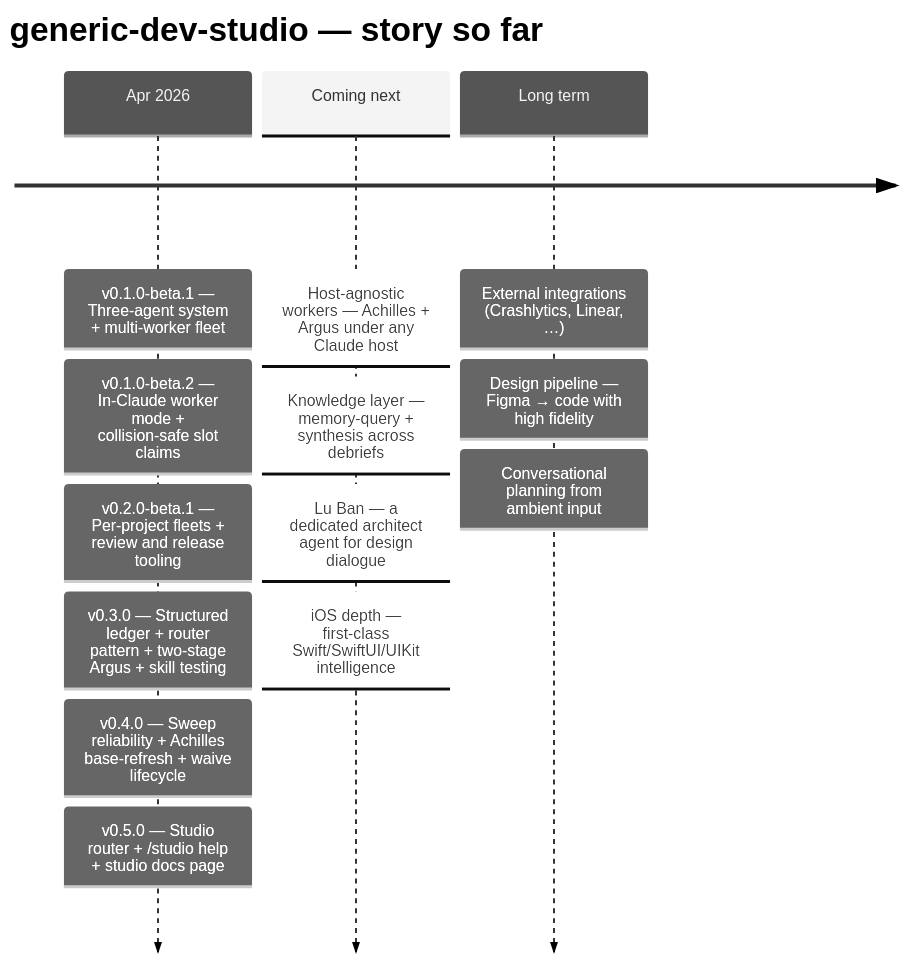
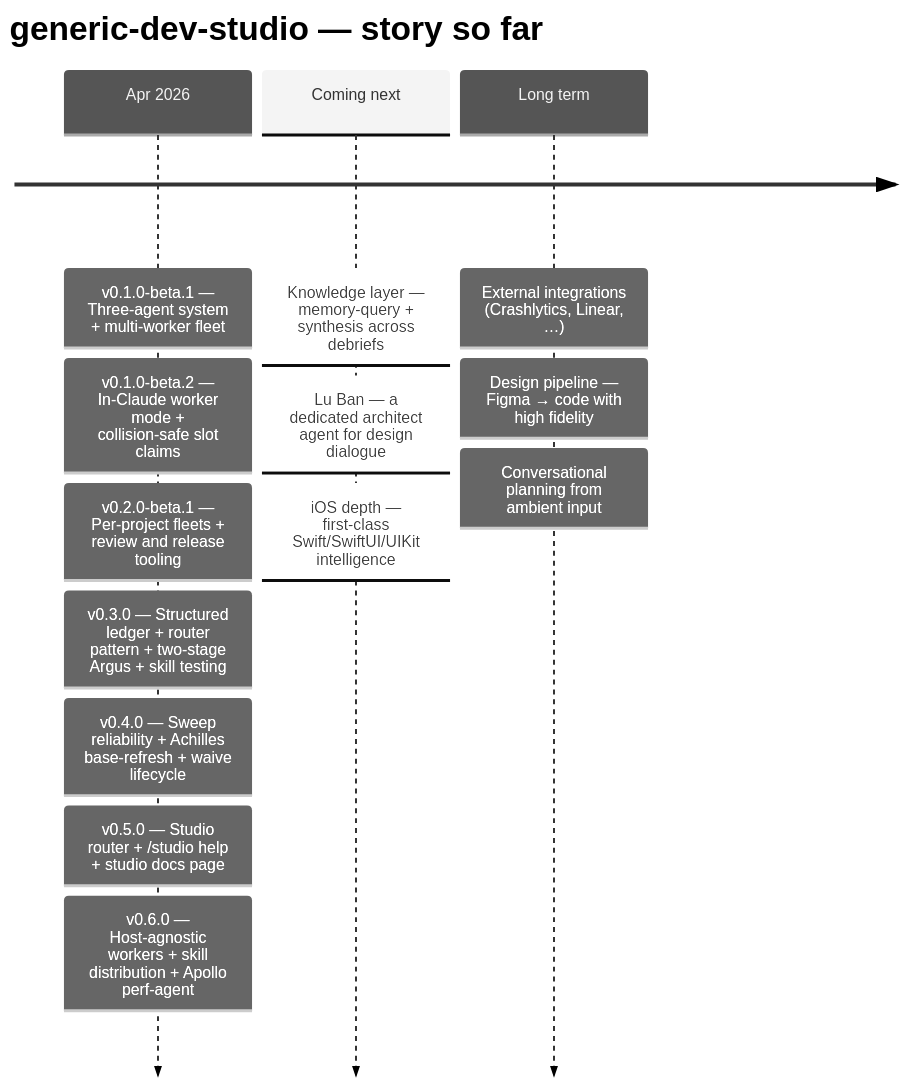
Before and after one commit to v-i-s-h-a-l/generic-dev-studio: the diagram in README.md, drawn with Mermaid (neutral theme). The commit also changed other lines of this file and 2 other files, not shown here.

Commit message:
README: v0.6.0 timeline + Story so far update

````diff
--- a/README.md
+++ b/README.md
@@ -13,17 +13,17 @@
 ```mermaid
 timeline
     title generic-dev-studio — story so far
     Apr 2026 : v0.1.0-beta.1 — Three-agent system + multi-worker fleet
              : v0.1.0-beta.2 — In-Claude worker mode + collision-safe slot claims
              : v0.2.0-beta.1 — Per-project fleets + review and release tooling
              : v0.3.0 — Structured ledger + router pattern + two-stage Argus + skill testing
              : v0.4.0 — Sweep reliability + Achilles base-refresh + waive lifecycle
              : v0.5.0 — Studio router + /studio help + studio docs page
-    Coming next : Host-agnostic workers — Achilles + Argus under any Claude host
-                : Knowledge layer — memory-query + synthesis across debriefs
+             : v0.6.0 — Host-agnostic workers + skill distribution + Apollo perf-agent
+    Coming next : Knowledge layer — memory-query + synthesis across debriefs
                 : Lu Ban — a dedicated architect agent for design dialogue
                 : iOS depth — first-class Swift/SwiftUI/UIKit intelligence
     Long term : External integrations (Crashlytics, Linear, …)
               : Design pipeline — Figma → code with high fidelity
               : Conversational planning from ambient input
 ```
````
